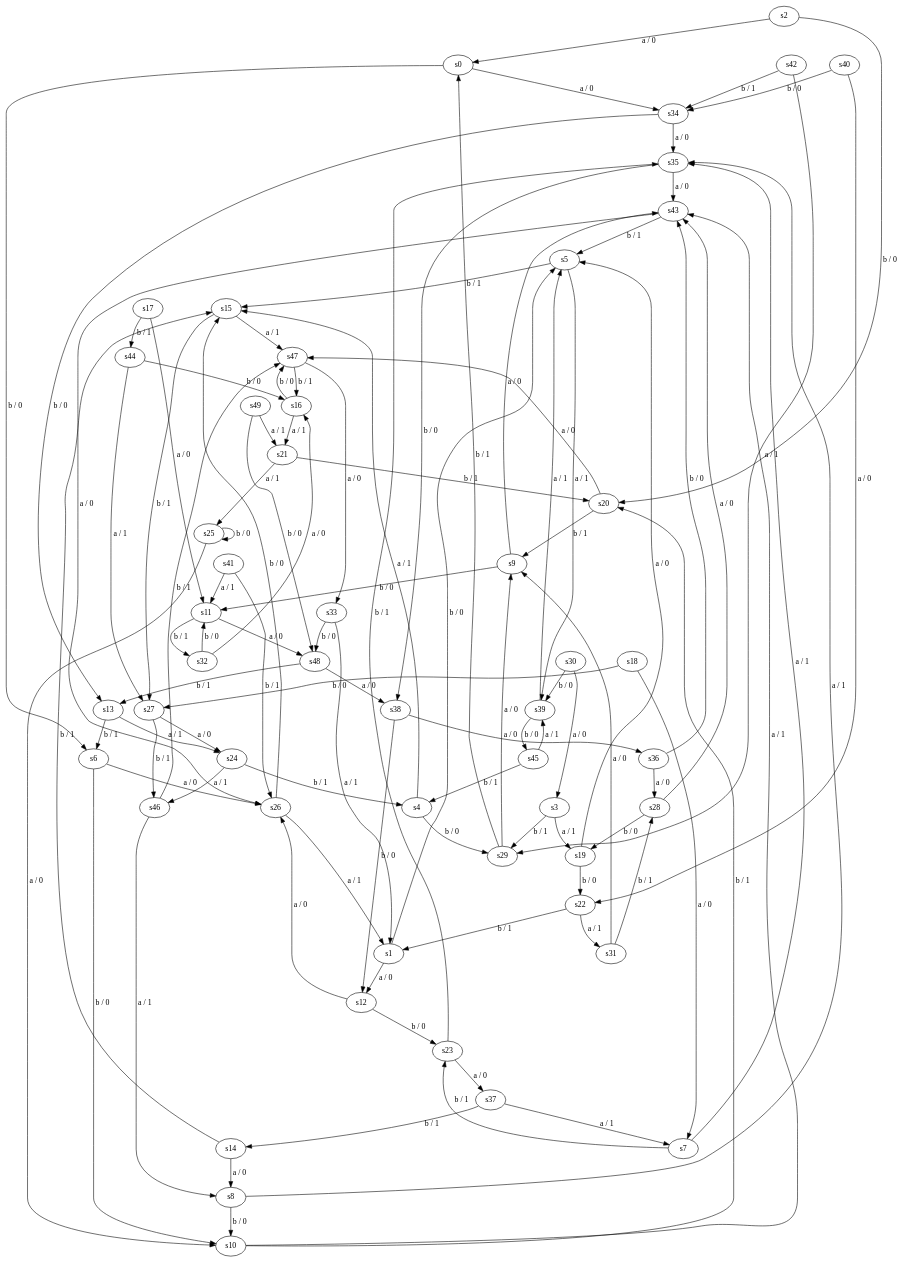
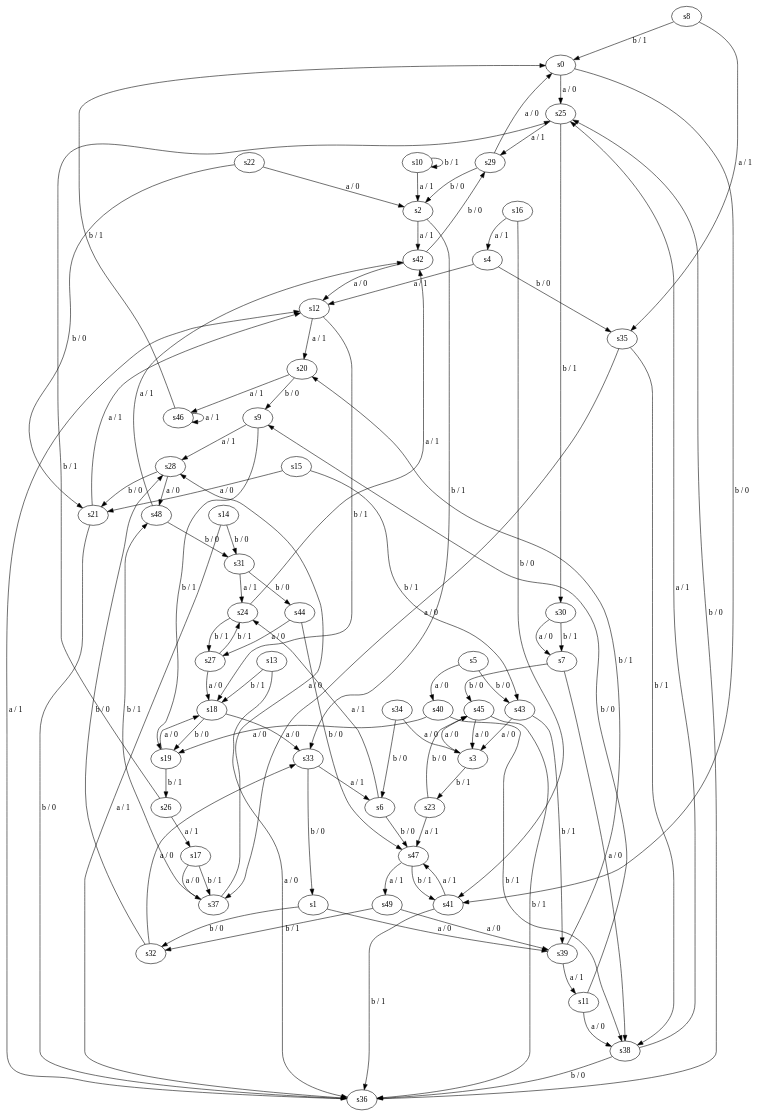
The diagram in Minimal-FSM-Generator/ads_example.dot (umursamaz/faulty-final-state-detection), drawn with Graphviz before and after one commit. The commit also changed 7 other files, not shown here.

```diff
--- a/Minimal-FSM-Generator/ads_example.dot
+++ b/Minimal-FSM-Generator/ads_example.dot
@@ -1,103 +1,103 @@
 digraph distinguishable {
-	s0 -> s34 [label="a / 0"];
-	s1 -> s12 [label="a / 0"];
-	s2 -> s0 [label="a / 0"];
-	s3 -> s19 [label="a / 1"];
-	s4 -> s15 [label="a / 1"];
-	s5 -> s39 [label="a / 1"];
-	s6 -> s26 [label="a / 0"];
-	s7 -> s35 [label="a / 1"];
+	s0 -> s25 [label="a / 0"];
+	s1 -> s39 [label="a / 0"];
+	s2 -> s42 [label="a / 1"];
+	s3 -> s45 [label="a / 0"];
+	s4 -> s12 [label="a / 1"];
+	s5 -> s40 [label="a / 0"];
+	s6 -> s24 [label="a / 1"];
+	s7 -> s38 [label="a / 0"];
 	s8 -> s35 [label="a / 1"];
-	s9 -> s43 [label="a / 0"];
-	s10 -> s43 [label="a / 1"];
-	s11 -> s48 [label="a / 0"];
-	s12 -> s26 [label="a / 0"];
-	s13 -> s24 [label="a / 1"];
-	s14 -> s8 [label="a / 0"];
-	s15 -> s47 [label="a / 1"];
-	s16 -> s21 [label="a / 1"];
-	s17 -> s11 [label="a / 0"];
-	s18 -> s7 [label="a / 0"];
-	s19 -> s5 [label="a / 0"];
-	s20 -> s47 [label="a / 0"];
-	s21 -> s25 [label="a / 1"];
-	s22 -> s31 [label="a / 1"];
-	s23 -> s37 [label="a / 0"];
-	s24 -> s46 [label="a / 1"];
-	s25 -> s10 [label="a / 0"];
-	s26 -> s1 [label="a / 1"];
-	s27 -> s24 [label="a / 0"];
-	s28 -> s43 [label="a / 0"];
-	s29 -> s9 [label="a / 0"];
-	s30 -> s3 [label="a / 0"];
-	s31 -> s9 [label="a / 0"];
-	s32 -> s16 [label="a / 0"];
-	s33 -> s1 [label="a / 1"];
-	s34 -> s35 [label="a / 0"];
-	s35 -> s43 [label="a / 0"];
-	s36 -> s28 [label="a / 0"];
-	s37 -> s7 [label="a / 1"];
-	s38 -> s36 [label="a / 0"];
-	s39 -> s5 [label="a / 1"];
-	s40 -> s22 [label="a / 0"];
-	s41 -> s11 [label="a / 1"];
-	s42 -> s29 [label="a / 1"];
-	s43 -> s26 [label="a / 0"];
-	s44 -> s27 [label="a / 1"];
-	s45 -> s39 [label="a / 1"];
-	s46 -> s8 [label="a / 1"];
-	s47 -> s33 [label="a / 0"];
-	s48 -> s38 [label="a / 0"];
-	s49 -> s21 [label="a / 1"];
+	s9 -> s28 [label="a / 1"];
+	s10 -> s2 [label="a / 1"];
+	s11 -> s38 [label="a / 0"];
+	s12 -> s20 [label="a / 1"];
+	s13 -> s36 [label="a / 0"];
+	s14 -> s36 [label="a / 1"];
+	s15 -> s21 [label="a / 0"];
+	s16 -> s4 [label="a / 1"];
+	s17 -> s37 [label="a / 0"];
+	s18 -> s33 [label="a / 0"];
+	s19 -> s18 [label="a / 0"];
+	s20 -> s46 [label="a / 1"];
+	s21 -> s12 [label="a / 1"];
+	s22 -> s2 [label="a / 0"];
+	s23 -> s47 [label="a / 1"];
+	s24 -> s42 [label="a / 1"];
+	s25 -> s29 [label="a / 1"];
+	s26 -> s17 [label="a / 1"];
+	s27 -> s18 [label="a / 0"];
+	s28 -> s48 [label="a / 0"];
+	s29 -> s0 [label="a / 0"];
+	s30 -> s7 [label="a / 0"];
+	s31 -> s24 [label="a / 1"];
+	s32 -> s33 [label="a / 0"];
+	s33 -> s6 [label="a / 1"];
+	s34 -> s3 [label="a / 0"];
+	s35 -> s37 [label="a / 0"];
+	s36 -> s12 [label="a / 1"];
+	s37 -> s28 [label="a / 0"];
+	s38 -> s25 [label="a / 1"];
+	s39 -> s11 [label="a / 1"];
+	s40 -> s19 [label="a / 0"];
+	s41 -> s47 [label="a / 1"];
+	s42 -> s12 [label="a / 0"];
+	s43 -> s3 [label="a / 0"];
+	s44 -> s27 [label="a / 0"];
+	s45 -> s3 [label="a / 0"];
+	s46 -> s46 [label="a / 1"];
+	s47 -> s49 [label="a / 1"];
+	s48 -> s42 [label="a / 1"];
+	s49 -> s39 [label="a / 0"];
 
-	s0 -> s6 [label="b / 0"];
-	s1 -> s5 [label="b / 0"];
-	s2 -> s20 [label="b / 0"];
-	s3 -> s29 [label="b / 1"];
-	s4 -> s29 [label="b / 0"];
-	s5 -> s15 [label="b / 1"];
-	s6 -> s10 [label="b / 0"];
-	s7 -> s23 [label="b / 1"];
-	s8 -> s10 [label="b / 0"];
-	s9 -> s11 [label="b / 0"];
-	s10 -> s20 [label="b / 1"];
-	s11 -> s32 [label="b / 1"];
-	s12 -> s23 [label="b / 0"];
-	s13 -> s6 [label="b / 1"];
-	s14 -> s15 [label="b / 1"];
-	s15 -> s27 [label="b / 1"];
-	s16 -> s47 [label="b / 0"];
-	s17 -> s44 [label="b / 1"];
-	s18 -> s27 [label="b / 0"];
-	s19 -> s22 [label="b / 0"];
-	s20 -> s9 [label="b / 1"];
-	s21 -> s20 [label="b / 1"];
-	s22 -> s1 [label="b / 1"];
-	s23 -> s35 [label="b / 1"];
-	s24 -> s4 [label="b / 1"];
-	s25 -> s25 [label="b / 0"];
-	s26 -> s15 [label="b / 0"];
-	s27 -> s46 [label="b / 1"];
-	s28 -> s19 [label="b / 0"];
-	s29 -> s0 [label="b / 1"];
-	s30 -> s39 [label="b / 0"];
-	s31 -> s28 [label="b / 1"];
-	s32 -> s11 [label="b / 0"];
-	s33 -> s48 [label="b / 0"];
-	s34 -> s13 [label="b / 0"];
-	s35 -> s38 [label="b / 0"];
-	s36 -> s43 [label="b / 0"];
-	s37 -> s14 [label="b / 1"];
-	s38 -> s12 [label="b / 0"];
-	s39 -> s45 [label="b / 0"];
-	s40 -> s34 [label="b / 0"];
-	s41 -> s26 [label="b / 1"];
-	s42 -> s34 [label="b / 1"];
-	s43 -> s5 [label="b / 1"];
-	s44 -> s16 [label="b / 0"];
-	s45 -> s4 [label="b / 1"];
-	s46 -> s47 [label="b / 1"];
-	s47 -> s16 [label="b / 1"];
-	s48 -> s13 [label="b / 1"];
-	s49 -> s48 [label="b / 0"];
+	s0 -> s41 [label="b / 0"];
+	s1 -> s32 [label="b / 0"];
+	s2 -> s33 [label="b / 1"];
+	s3 -> s23 [label="b / 1"];
+	s4 -> s35 [label="b / 0"];
+	s5 -> s43 [label="b / 0"];
+	s6 -> s47 [label="b / 0"];
+	s7 -> s45 [label="b / 0"];
+	s8 -> s0 [label="b / 1"];
+	s9 -> s19 [label="b / 1"];
+	s10 -> s10 [label="b / 1"];
+	s11 -> s9 [label="b / 0"];
+	s12 -> s18 [label="b / 1"];
+	s13 -> s18 [label="b / 1"];
+	s14 -> s31 [label="b / 0"];
+	s15 -> s43 [label="b / 1"];
+	s16 -> s41 [label="b / 0"];
+	s17 -> s37 [label="b / 1"];
+	s18 -> s19 [label="b / 0"];
+	s19 -> s26 [label="b / 1"];
+	s20 -> s9 [label="b / 0"];
+	s21 -> s36 [label="b / 0"];
+	s22 -> s21 [label="b / 0"];
+	s23 -> s45 [label="b / 0"];
+	s24 -> s27 [label="b / 1"];
+	s25 -> s30 [label="b / 1"];
+	s26 -> s25 [label="b / 1"];
+	s27 -> s24 [label="b / 1"];
+	s28 -> s21 [label="b / 0"];
+	s29 -> s2 [label="b / 0"];
+	s30 -> s7 [label="b / 1"];
+	s31 -> s44 [label="b / 0"];
+	s32 -> s28 [label="b / 0"];
+	s33 -> s1 [label="b / 0"];
+	s34 -> s6 [label="b / 0"];
+	s35 -> s38 [label="b / 1"];
+	s36 -> s25 [label="b / 0"];
+	s37 -> s48 [label="b / 1"];
+	s38 -> s36 [label="b / 0"];
+	s39 -> s20 [label="b / 1"];
+	s40 -> s38 [label="b / 1"];
+	s41 -> s36 [label="b / 1"];
+	s42 -> s29 [label="b / 0"];
+	s43 -> s39 [label="b / 1"];
+	s44 -> s47 [label="b / 0"];
+	s45 -> s36 [label="b / 1"];
+	s46 -> s0 [label="b / 1"];
+	s47 -> s41 [label="b / 1"];
+	s48 -> s31 [label="b / 0"];
+	s49 -> s32 [label="b / 1"];
 }
```
